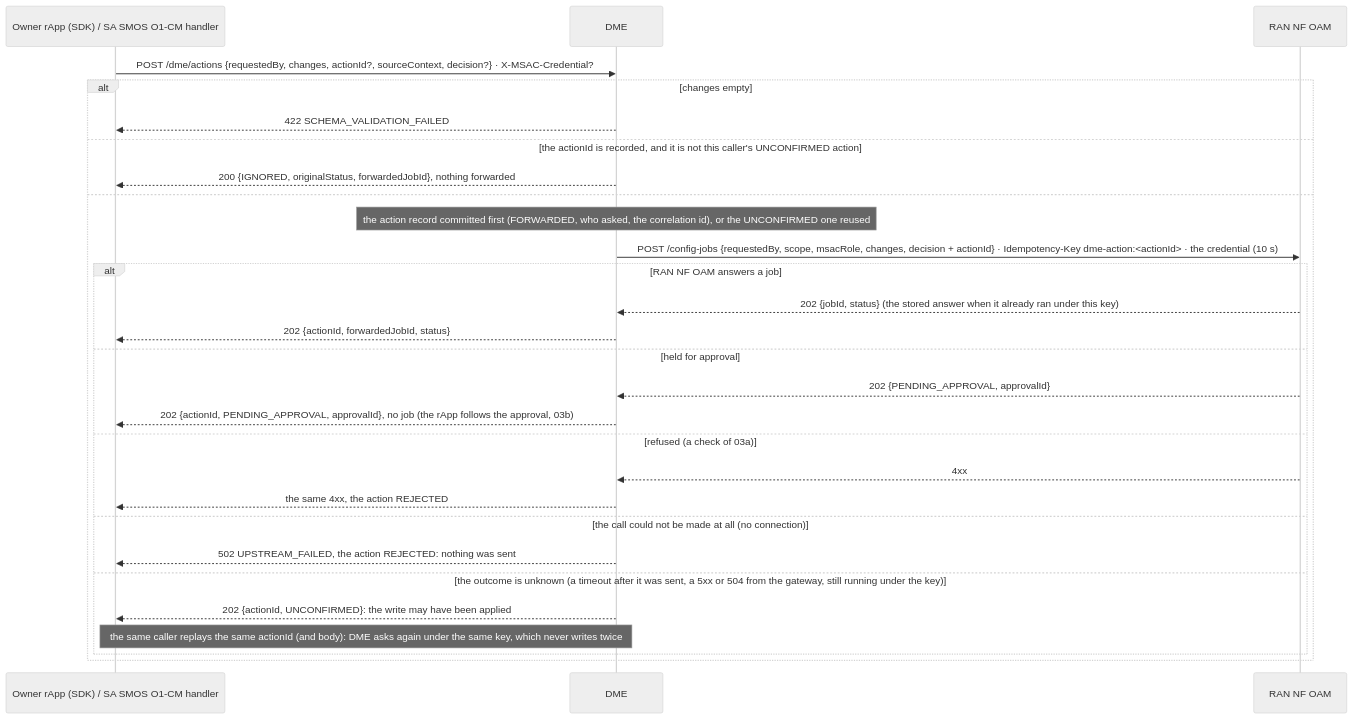
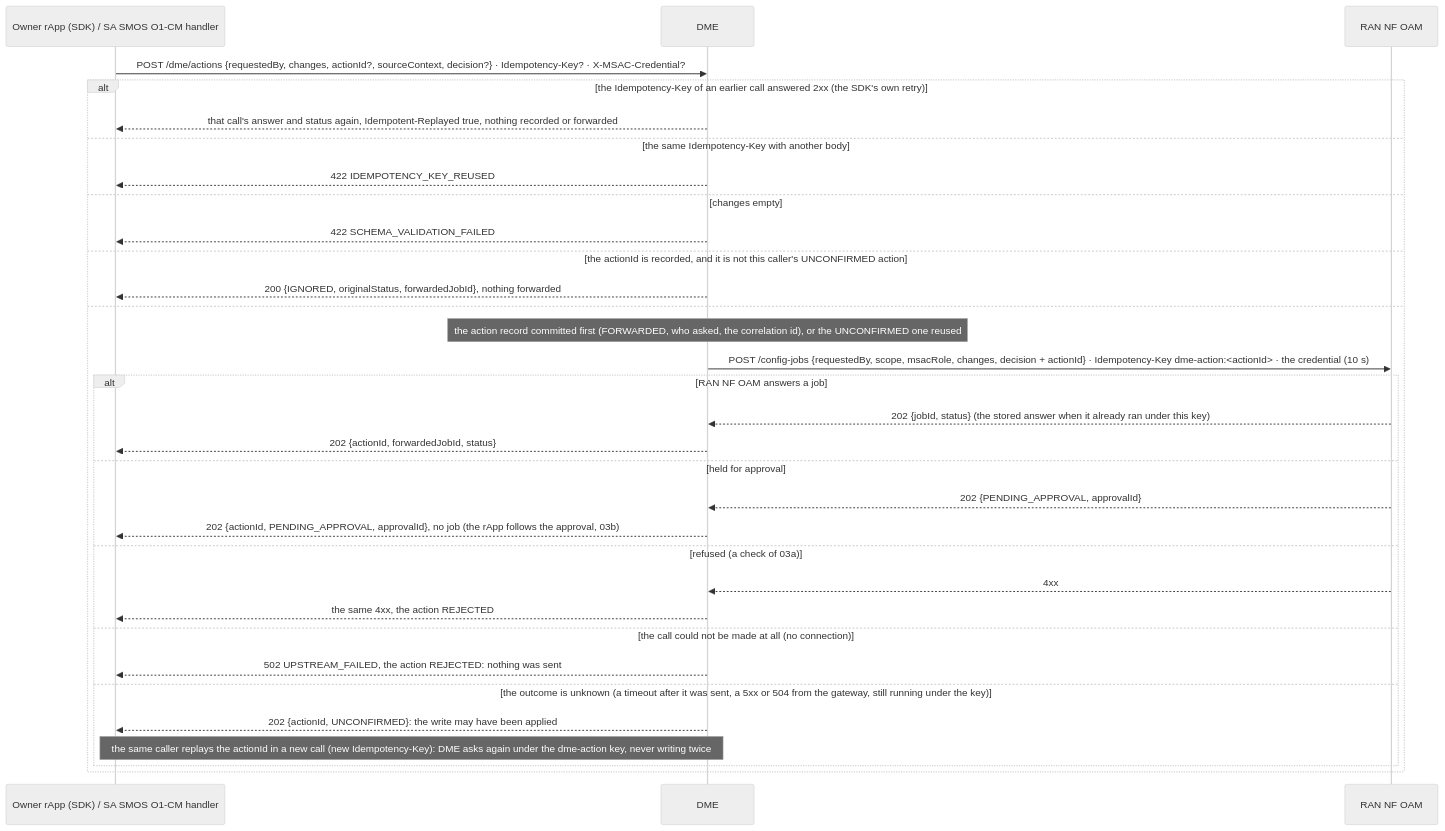
One commit to rsys-bshankar/ai-ran-smo changed the sixth of 6 diagrams in smo/docs/call-flows/03-config-write-with-schema-check.md. Above: the diagram before and after it, drawn with Mermaid (neutral theme). The commit also changed other lines of this file and 30 other files, not shown here.

First line of the commit message:
SDK-RETRY-IDEMPOTENCY slice 2: the last 12 SDK POSTs replay a keyed repeat; item closed

````diff
--- a/smo/docs/call-flows/03-config-write-with-schema-check.md
+++ b/smo/docs/call-flows/03-config-write-with-schema-check.md
@@ -219,31 +219,35 @@
 ```mermaid
 sequenceDiagram
     participant R as Owner rApp (SDK) / SA SMOS O1-CM handler
     participant DME as DME
     participant OAM as RAN NF OAM
 
-    R->>DME: POST /dme/actions {requestedBy, changes, actionId?, sourceContext, decision?} · X-MSAC-Credential?
-    alt changes empty
+    R->>DME: POST /dme/actions {requestedBy, changes, actionId?, sourceContext, decision?} · Idempotency-Key? · X-MSAC-Credential?
+    alt the Idempotency-Key of an earlier call answered 2xx (the SDK's own retry)
+        DME-->>R: that call's answer and status again, Idempotent-Replayed true, nothing recorded or forwarded
+    else the same Idempotency-Key with another body
+        DME-->>R: 422 IDEMPOTENCY_KEY_REUSED
+    else changes empty
         DME-->>R: 422 SCHEMA_VALIDATION_FAILED
     else the actionId is recorded, and it is not this caller's UNCONFIRMED action
         DME-->>R: 200 {IGNORED, originalStatus, forwardedJobId}, nothing forwarded
     else
         Note over DME: the action record committed first (FORWARDED, who asked, the correlation id), or the UNCONFIRMED one reused
         DME->>OAM: POST /config-jobs {requestedBy, scope, msacRole, changes, decision + actionId} · Idempotency-Key dme-action:<actionId> · the credential (10 s)
         alt RAN NF OAM answers a job
             OAM-->>DME: 202 {jobId, status} (the stored answer when it already ran under this key)
             DME-->>R: 202 {actionId, forwardedJobId, status}
         else held for approval
             OAM-->>DME: 202 {PENDING_APPROVAL, approvalId}
             DME-->>R: 202 {actionId, PENDING_APPROVAL, approvalId}, no job (the rApp follows the approval, 03b)
         else refused (a check of 03a)
             OAM-->>DME: 4xx
             DME-->>R: the same 4xx, the action REJECTED
         else the call could not be made at all (no connection)
             DME-->>R: 502 UPSTREAM_FAILED, the action REJECTED: nothing was sent
         else the outcome is unknown (a timeout after it was sent, a 5xx or 504 from the gateway, still running under the key)
             DME-->>R: 202 {actionId, UNCONFIRMED}: the write may have been applied
-            Note over R,DME: the same caller replays the same actionId (and body): DME asks again under the same key, which never writes twice
+            Note over R,DME: the same caller replays the actionId in a new call (new Idempotency-Key): DME asks again under the dme-action key, never writing twice
         end
     end
 ```
````
